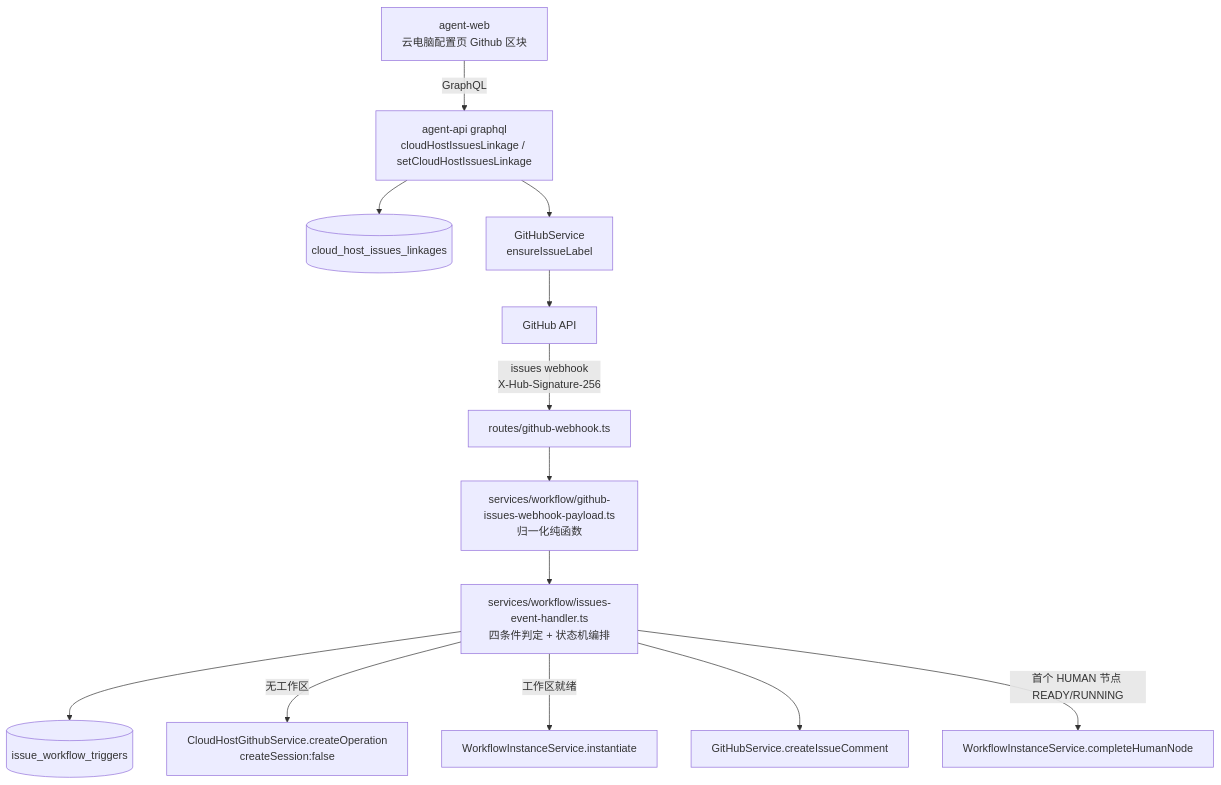
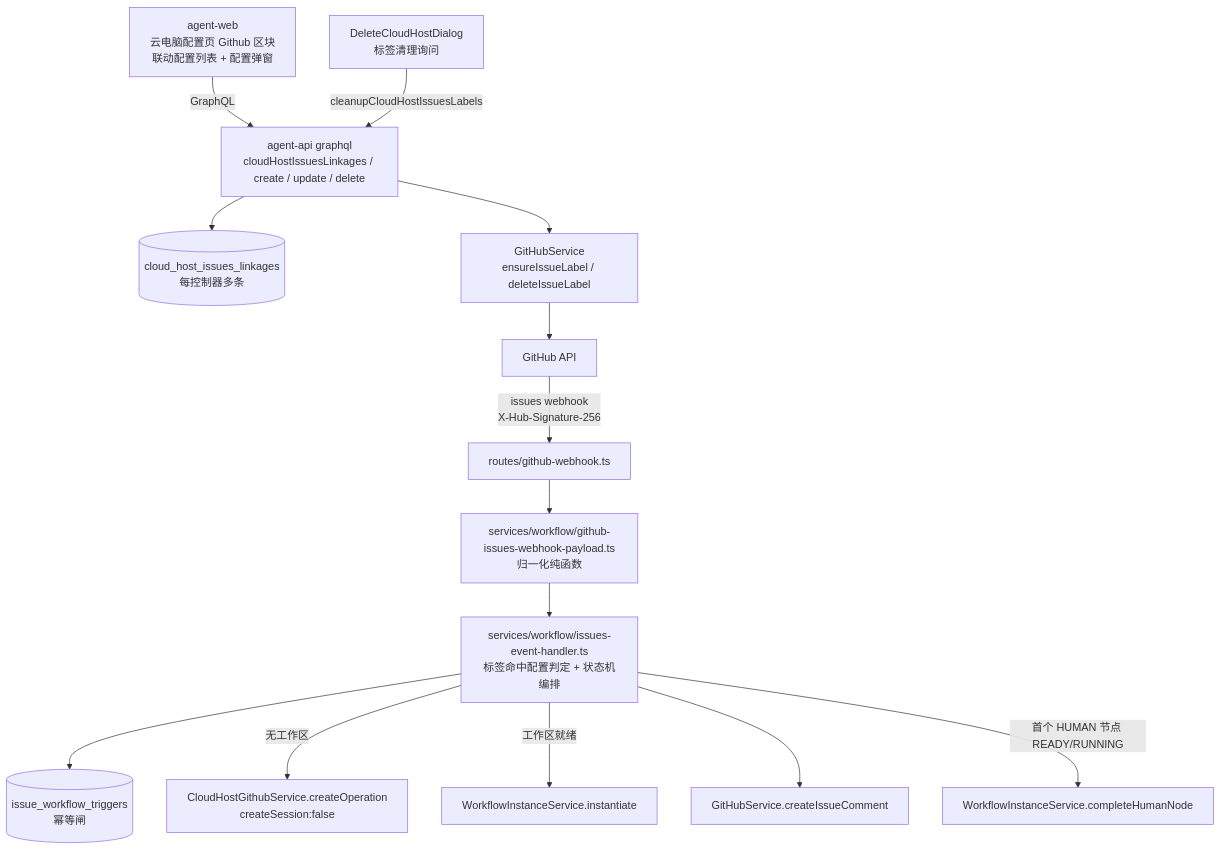
One commit to Deliay/z-agent-gear changed the first of 3 diagrams in docs/engineering/proposals/20261025-feat-github-issues-workflow.md. Above: the diagram before and after it, drawn with Mermaid. The commit also changed other lines of this file and 3 other files, not shown here.

````diff
--- a/docs/engineering/proposals/20261025-feat-github-issues-workflow.md
+++ b/docs/engineering/proposals/20261025-feat-github-issues-workflow.md
@@ -57,15 +62,16 @@
 ```mermaid
 graph TD
-    FE[agent-web<br/>云电脑配置页 Github 区块] -->|GraphQL| GQL[agent-api graphql<br/>cloudHostIssuesLinkage / setCloudHostIssuesLinkage]
-    GQL --> LS[(cloud_host_issues_linkages)]
-    GQL --> GS[GitHubService<br/>ensureIssueLabel]
+    FE[agent-web<br/>云电脑配置页 Github 区块<br/>联动配置列表 + 配置弹窗] -->|GraphQL| GQL[agent-api graphql<br/>cloudHostIssuesLinkages / create / update / delete]
+    DEL[DeleteCloudHostDialog<br/>标签清理询问] -->|cleanupCloudHostIssuesLabels| GQL
+    GQL --> LS[(cloud_host_issues_linkages<br/>每控制器多条)]
+    GQL --> GS[GitHubService<br/>ensureIssueLabel / deleteIssueLabel]
     GS --> GH[GitHub API]
     GH -->|issues webhook<br/>X-Hub-Signature-256| WH[routes/github-webhook.ts]
     WH --> NP[services/workflow/github-issues-webhook-payload.ts<br/>归一化纯函数]
-    NP --> EH[services/workflow/issues-event-handler.ts<br/>四条件判定 + 状态机编排]
-    EH --> TR[(issue_workflow_triggers)]
+    NP --> EH[services/workflow/issues-event-handler.ts<br/>标签命中配置判定 + 状态机编排]
+    EH --> TR[(issue_workflow_triggers<br/>幂等闸)]
     EH -->|无工作区| SETUP[CloudHostGithubService.createOperation<br/>createSession:false]
     EH -->|工作区就绪| INST[WorkflowInstanceService.instantiate]
     EH --> CM[GitHubService.createIssueComment]
     EH -->|首个 HUMAN 节点 READY/RUNNING| COMP[WorkflowInstanceService.completeHumanNode]
 ```
````
